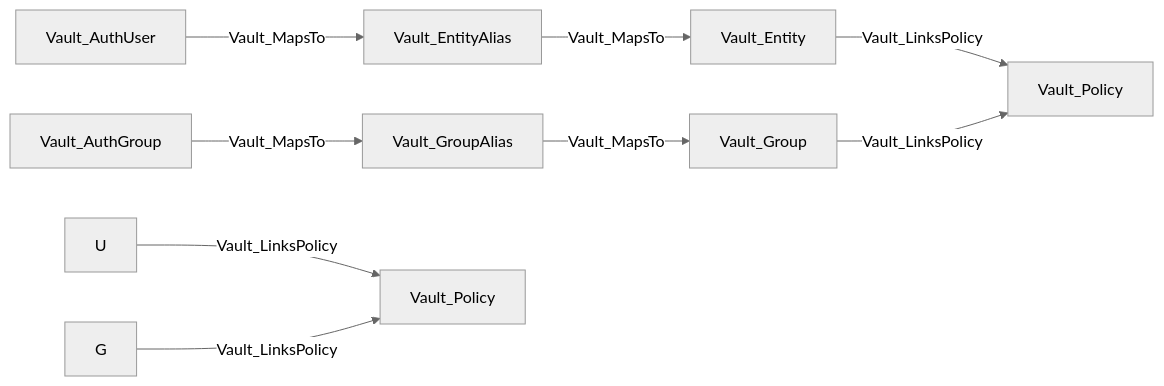
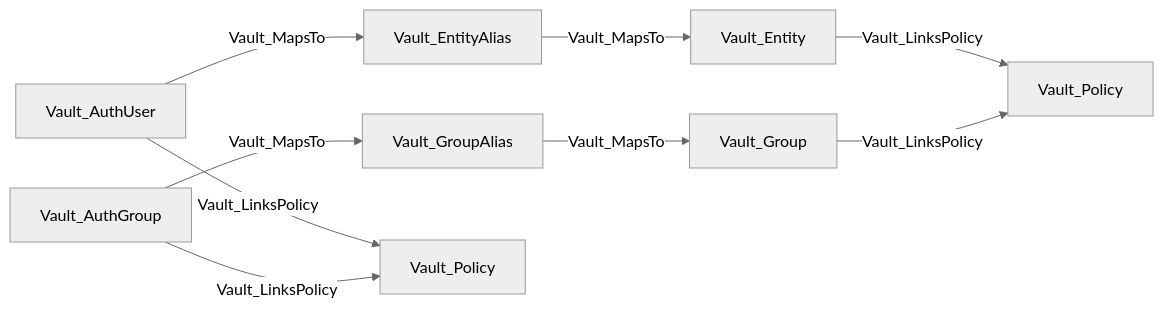
The second of 39 diagrams in Documentation/stores/AUTH.md (bytewreck/opengraph-vault), drawn with Mermaid (neutral theme) before and after one commit.

````diff
--- a/Documentation/stores/AUTH.md
+++ b/Documentation/stores/AUTH.md
@@ -35,11 +35,11 @@
 ```mermaid
 flowchart LR
     AU[Vault_AuthUser] -->|Vault_MapsTo| EA[Vault_EntityAlias]
     EA -->|Vault_MapsTo| VE[Vault_Entity]
     AG[Vault_AuthGroup] -->|Vault_MapsTo| GA[Vault_GroupAlias]
     GA -->|Vault_MapsTo| VG[Vault_Group]
-    U -->|Vault_LinksPolicy| P1[Vault_Policy]
-    G -->|Vault_LinksPolicy| P1
+    AU -->|Vault_LinksPolicy| P1[Vault_Policy]
+    AG -->|Vault_LinksPolicy| P1
     VE -->|Vault_LinksPolicy| P2[Vault_Policy]
     VG -->|Vault_LinksPolicy| P2
 ```
````
